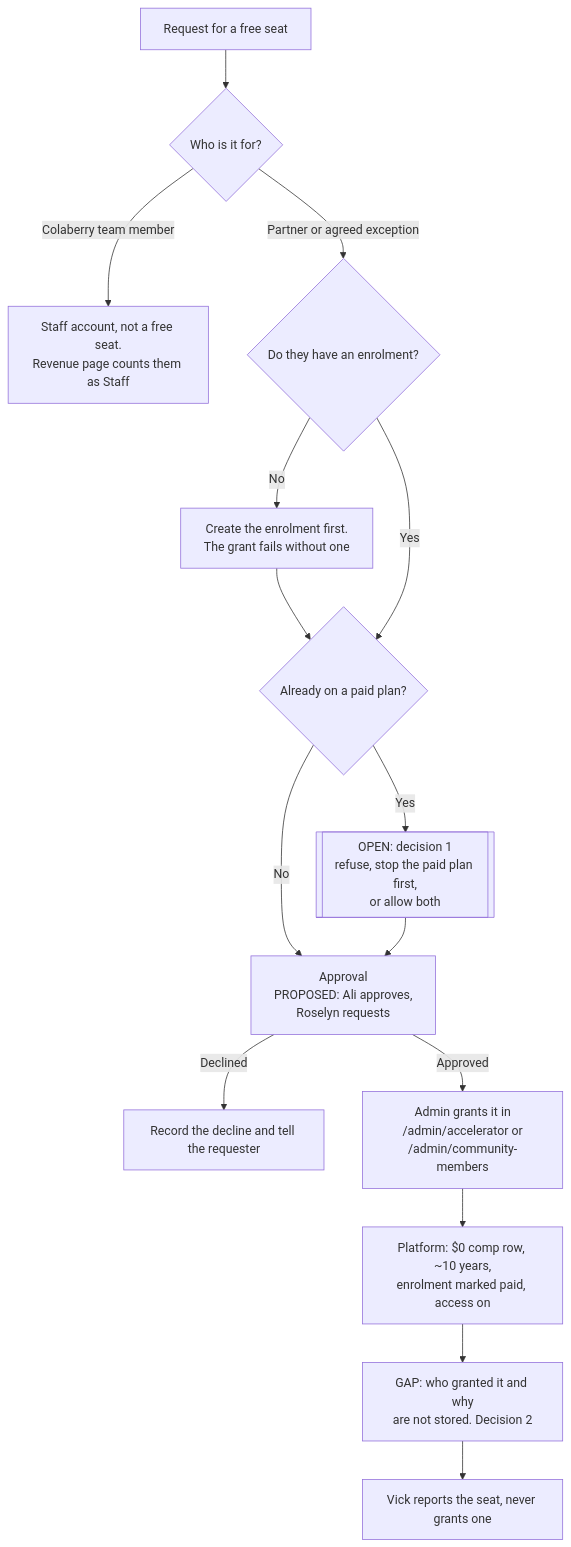
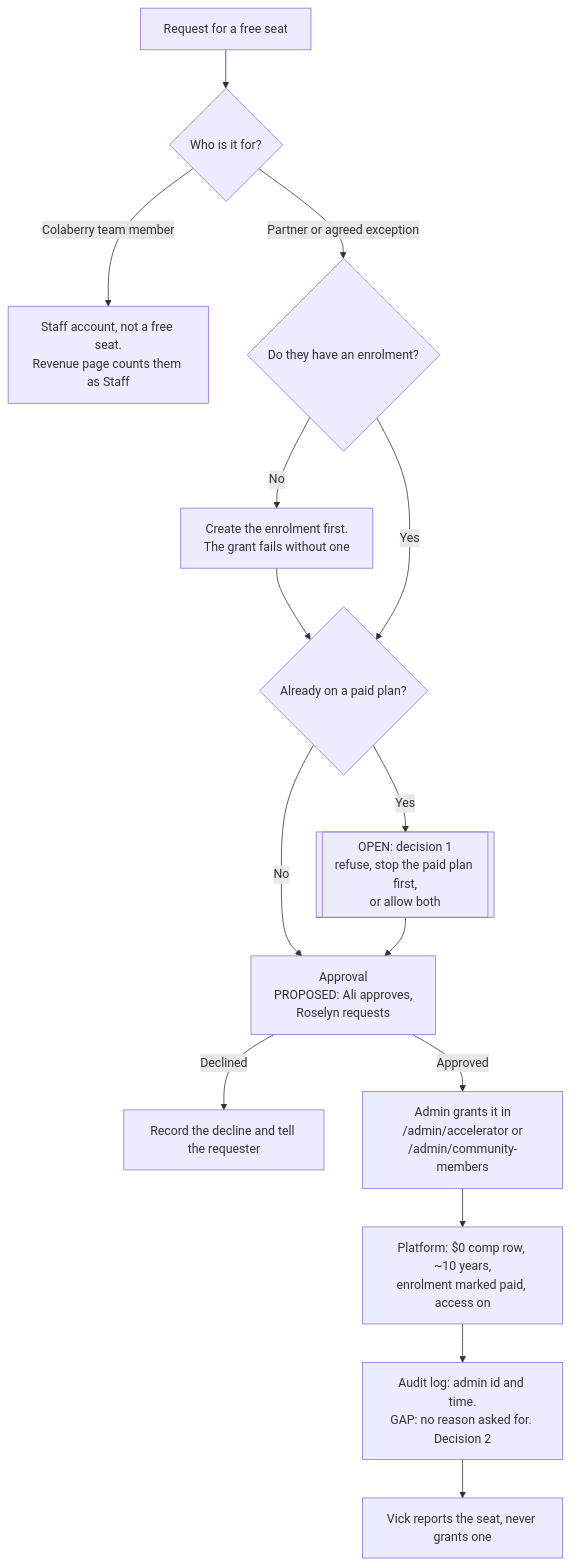
The first of 2 diagrams in capabilities/comped-seat/COMP_DECISION_FLOW.md (vessette/Simple), drawn with Mermaid before and after one commit. The commit also changed other lines of this file and 8 other files, not shown here.

````diff
--- a/capabilities/comped-seat/COMP_DECISION_FLOW.md
+++ b/capabilities/comped-seat/COMP_DECISION_FLOW.md
@@ -10,17 +10,17 @@
 ```mermaid
 flowchart TD
     A[Request for a free seat] --> B{Who is it for?}
     B -->|Colaberry team member| S[Staff account, not a free seat.<br/>Revenue page counts them as Staff]
     B -->|Partner or agreed exception| C{Do they have an enrolment?}
     C -->|No| C1[Create the enrolment first.<br/>The grant fails without one]
     C1 --> D
     C -->|Yes| D{Already on a paid plan?}
     D -->|Yes| OPEN1[[OPEN: decision 1<br/>refuse, stop the paid plan first,<br/>or allow both]]
     D -->|No| E[Approval<br/>PROPOSED: Ali approves,<br/>Roselyn requests]
     OPEN1 --> E
     E -->|Declined| X[Record the decline and tell the requester]
     E -->|Approved| F[Admin grants it in<br/>/admin/accelerator or<br/>/admin/community-members]
     F --> G[Platform: $0 comp row, ~10 years,<br/>enrolment marked paid, access on]
-    G --> H[GAP: who granted it and why<br/>are not stored. Decision 2]
+    G --> H[Audit log: admin id and time.<br/>GAP: no reason asked for. Decision 2]
     H --> V[Vick reports the seat, never grants one]
 ```
````
